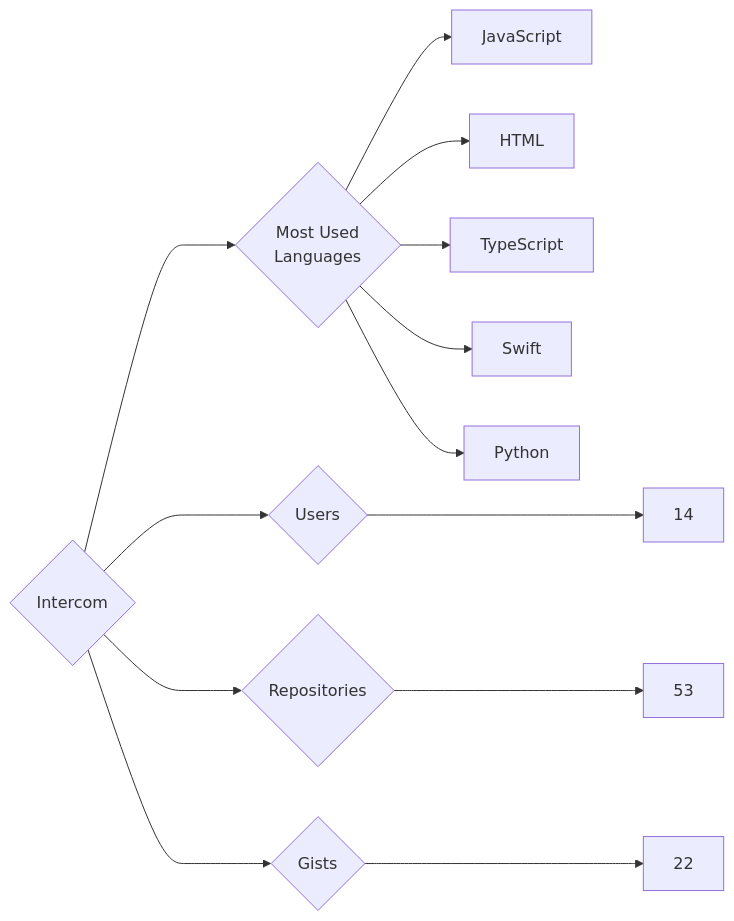
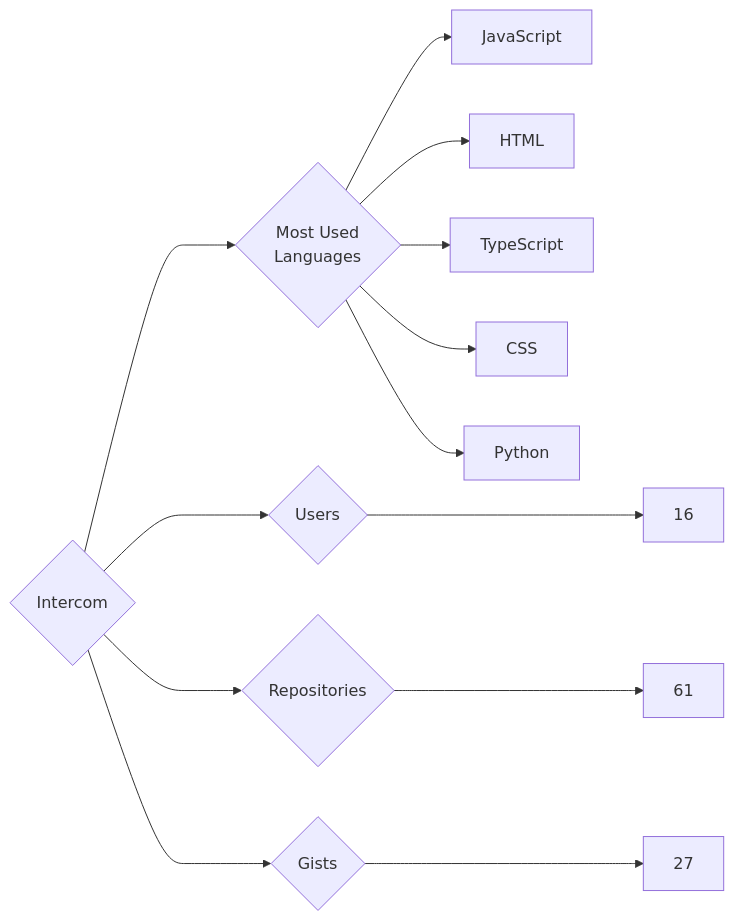
The diagram in targets/Intercom/README.md (trickest/insiders), drawn with Mermaid before and after one commit. The commit also changed 1055 other files, not shown here.

````diff
--- a/targets/Intercom/README.md
+++ b/targets/Intercom/README.md
@@ -3,13 +3,13 @@
 ```mermaid
 graph LR
 COMPANY_NAME{Intercom}
-COMPANY_NAME ---> U{Users} ---> UN[14]
-COMPANY_NAME ---> R{Repositories} ---> RN[53]
-COMPANY_NAME ---> G{Gists} ---> GN[22]
+COMPANY_NAME ---> U{Users} ---> UN[16]
+COMPANY_NAME ---> R{Repositories} ---> RN[61]
+COMPANY_NAME ---> G{Gists} ---> GN[27]
 COMPANY_NAME ---> ML{Most Used<br>Languages}
 ML --> JavaScript[JavaScript]
 ML --> HTML[HTML]
 ML --> TypeScript[TypeScript]
-ML --> Swift[Swift]
+ML --> CSS[CSS]
 ML --> Python[Python]
 ```
````
